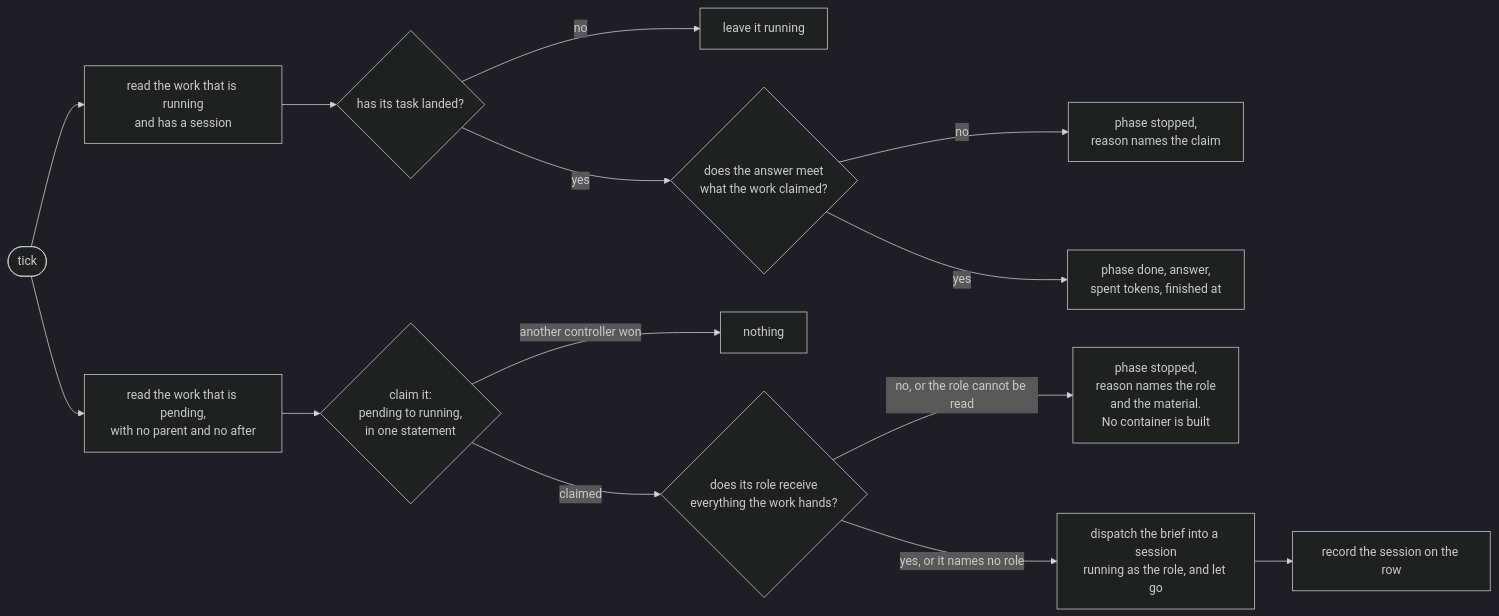
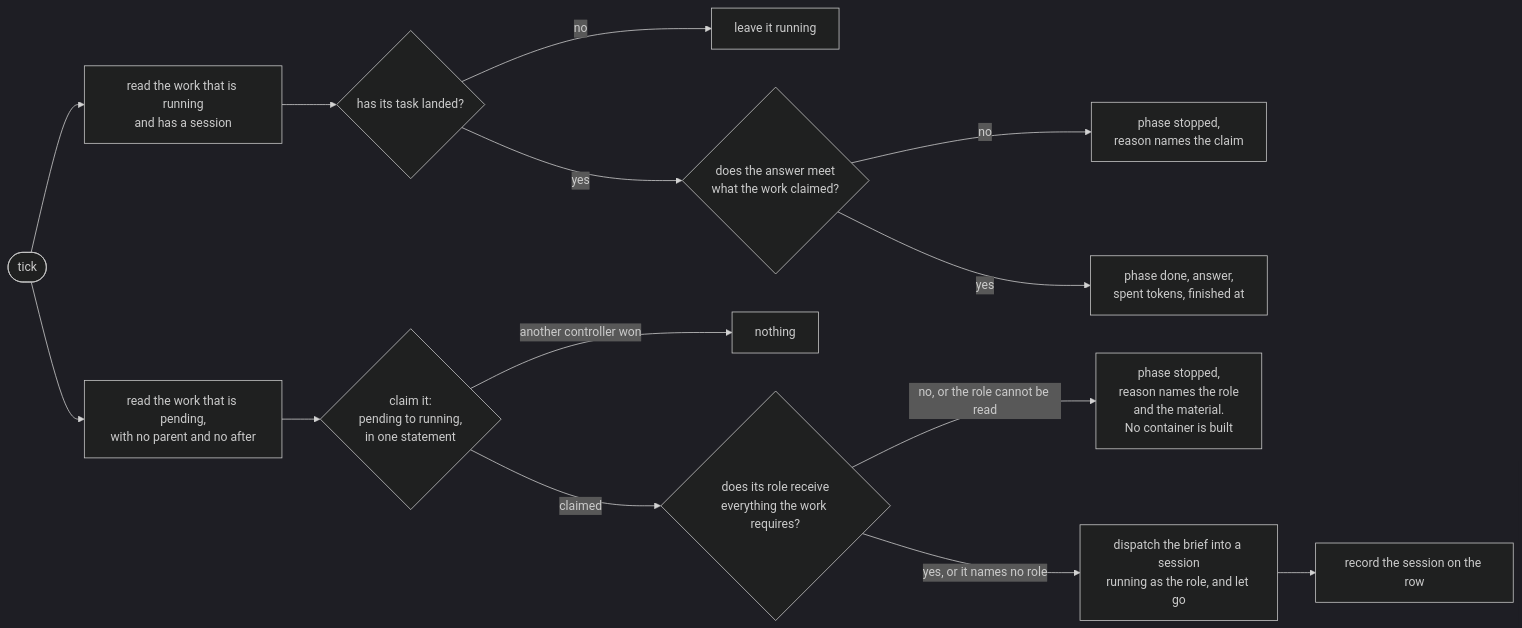
One commit to atlantic-blue/quay-crew changed the fourth of 18 diagrams in docs/ORCHESTRATION.md. Above: the diagram before and after it, drawn with Mermaid (dark theme). The commit also changed other lines of this file and 27 other files, not shown here.

Commit message:
refactor: what a piece of work cannot be done without is what it requires

````diff
--- a/docs/ORCHESTRATION.md
+++ b/docs/ORCHESTRATION.md
@@ -388,16 +412,16 @@
 ```mermaid
 flowchart LR
     TICK(["tick"]) --> READ["read the work that is running<br/>and has a session"]
     READ --> TASK{"has its task landed?"}
     TASK -->|"no"| LEAVE["leave it running"]
     TASK -->|"yes"| CLAIMED{"does the answer meet<br/>what the work claimed?"}
     CLAIMED -->|"no"| STOP["phase stopped,<br/>reason names the claim"]
     CLAIMED -->|"yes"| DONE["phase done, answer,<br/>spent tokens, finished at"]
     TICK --> RUNNABLE["read the work that is pending,<br/>with no parent and no after"]
     RUNNABLE --> CLAIM{"claim it:<br/>pending to running,<br/>in one statement"}
     CLAIM -->|"another controller won"| NOTHING["nothing"]
-    CLAIM -->|"claimed"| BOUNDARY{"does its role receive<br/>everything the work hands?"}
+    CLAIM -->|"claimed"| BOUNDARY{"does its role receive<br/>everything the work requires?"}
     BOUNDARY -->|"no, or the role cannot be read"| REFUSED["phase stopped,<br/>reason names the role<br/>and the material.<br/>No container is built"]
     BOUNDARY -->|"yes, or it names no role"| SEND["dispatch the brief into a session<br/>running as the role, and let go"]
     SEND --> RECORD["record the session on the row"]
 ```
````
